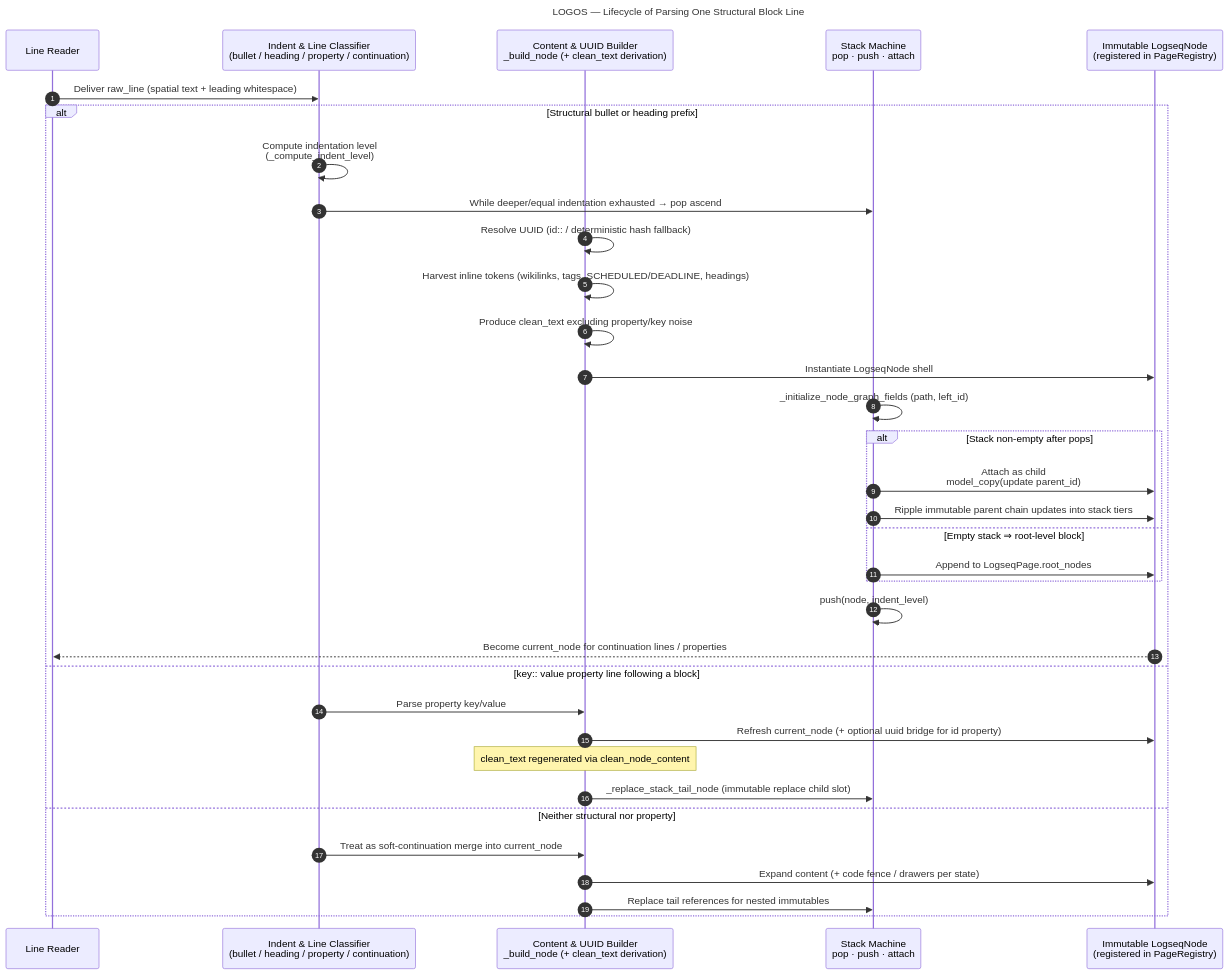
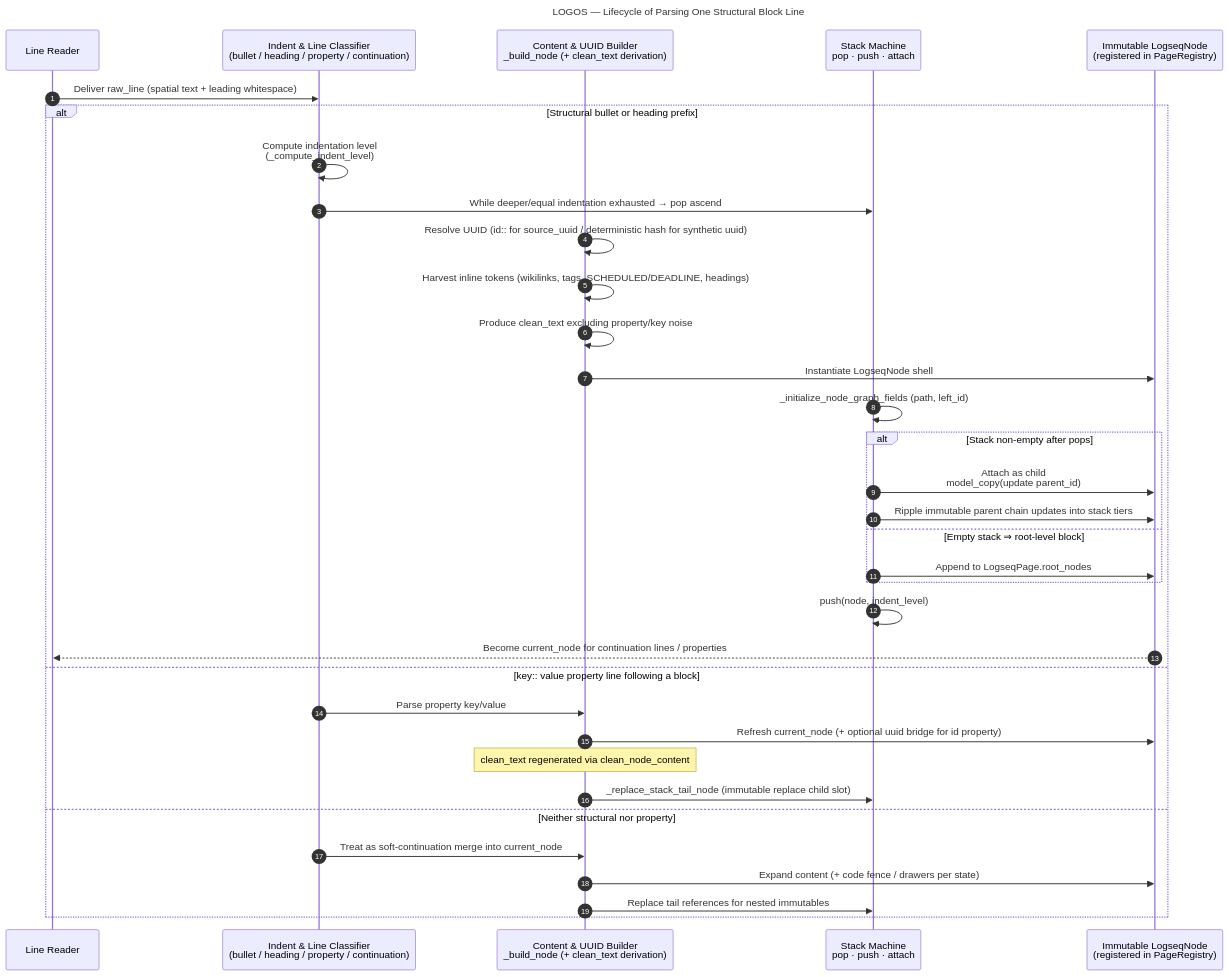
Before and after one commit to MarcoPorcellato/logseq-matryca-parser: the sixth of 6 diagrams in docs/ARCHITECTURE.md, drawn with Mermaid. The commit also changed other lines of this file and 4 other files, not shown here.

````diff
--- a/docs/ARCHITECTURE.md
+++ b/docs/ARCHITECTURE.md
@@ -242,43 +252,43 @@
 ```mermaid
 ---
 title: LOGOS — Lifecycle of Parsing One Structural Block Line
 ---
 sequenceDiagram
   autonumber
   participant LR as Line Reader
   participant INV as Indent & Line Classifier<br/>(bullet / heading / property / continuation)
   participant PSI as Content & UUID Builder<br/>_build_node (+ clean_text derivation)
   participant STK as Stack Machine<br/>pop · push · attach
   participant AST as Immutable LogseqNode<br/>(registered in PageRegistry)
 
   LR->>INV: Deliver raw_line (spatial text + leading whitespace)
 
   alt Structural bullet or heading prefix
     INV->>INV: Compute indentation level<br/>(_compute_indent_level)
     INV->>STK: While deeper/equal indentation exhausted → pop ascend
-    PSI->>PSI: Resolve UUID (id:: / deterministic hash fallback)
+    PSI->>PSI: Resolve UUID (id:: for source_uuid / deterministic hash for synthetic uuid)
     PSI->>PSI: Harvest inline tokens (wikilinks, tags, SCHEDULED/DEADLINE, headings)
     PSI->>PSI: Produce clean_text excluding property/key noise
     PSI->>AST: Instantiate LogseqNode shell
     STK->>STK: _initialize_node_graph_fields (path, left_id)
     alt Stack non-empty after pops
       STK->>AST: Attach as child<br/>model_copy(update parent_id)
       STK->>AST: Ripple immutable parent chain updates into stack tiers
     else Empty stack ⇒ root-level block
       STK->>AST: Append to LogseqPage.root_nodes
     end
     STK->>STK: push(node, indent_level)
     AST-->>LR: Become current_node for continuation lines / properties
 
   else key:: value property line following a block
     INV->>PSI: Parse property key/value
     PSI->>AST: Refresh current_node (+ optional uuid bridge for id property)
     Note over PSI: clean_text regenerated via clean_node_content
     PSI->>STK: _replace_stack_tail_node (immutable replace child slot)
 
   else Neither structural nor property
     INV->>PSI: Treat as soft-continuation merge into current_node
     PSI->>AST: Expand content (+ code fence / drawers per state)
     PSI->>STK: Replace tail references for nested immutables
   end
 ```
````
